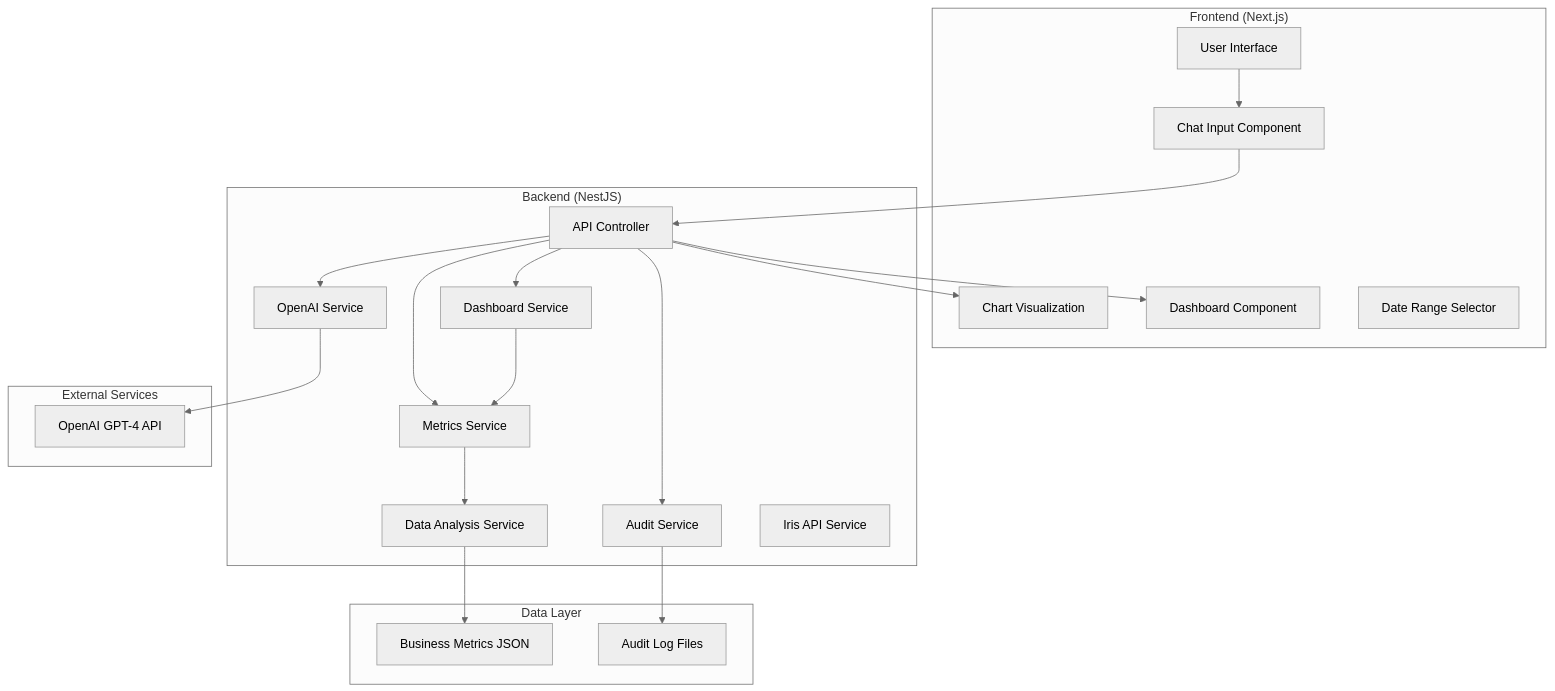
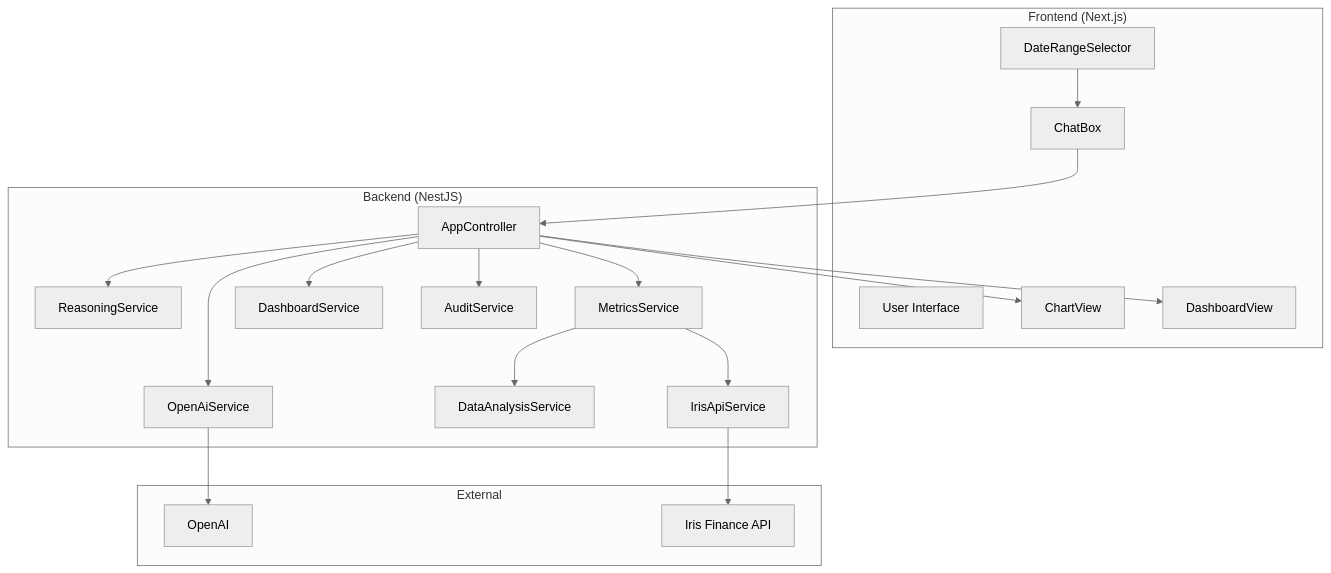
The diagram in README.md (a-d-king/iris_chat_to_chart), drawn with Mermaid (neutral theme) before and after one commit. The commit also changed other lines of this file, not shown here.

````diff
--- a/README.md
+++ b/README.md
@@ -79,45 +70,38 @@
 ```mermaid
 graph TB
     subgraph "Frontend (Next.js)"
         UI[User Interface]
-        ChatBox[Chat Input Component]
-        ChartView[Chart Visualization]
-        DashboardView[Dashboard Component]
-        DateSelector[Date Range Selector]
+        ChatBox[ChatBox]
+        DateSelector[DateRangeSelector]
+        ChartView[ChartView]
+        DashboardView[DashboardView]
     end
-    
+
     subgraph "Backend (NestJS)"
-        API[API Controller]
-        OpenAI[OpenAI Service]
-        Metrics[Metrics Service]
-        DataAnalysis[Data Analysis Service]
-        Dashboard[Dashboard Service]
-        Audit[Audit Service]
-        IrisAPI[Iris API Service]
+        API[AppController]
+        OpenAI[OpenAiService]
+        Reasoning[ReasoningService]
+        Metrics[MetricsService]
+        DataAnalysis[DataAnalysisService]
+        Dashboard[DashboardService]
+        Audit[AuditService]
+        IrisAPI[IrisApiService]
     end
-    
-    subgraph "Data Layer"
-        BusinessData[Business Metrics JSON]
-        AuditLogs[Audit Log Files]
+
+    subgraph "External"
+        GPT4[OpenAI]
+        Iris[Iris Finance API]
     end
-    
-    subgraph "External Services"
-        GPT4[OpenAI GPT-4 API]
-    end
-    
-    UI --> ChatBox
+
     ChatBox --> API
-    API --> OpenAI
+    DateSelector --> ChatBox
     API --> Metrics
+    Metrics --> IrisAPI --> Iris
+    Metrics --> DataAnalysis
+    API --> OpenAI --> GPT4
+    API --> Reasoning
     API --> Dashboard
     API --> Audit
-    
-    OpenAI --> GPT4
-    Metrics --> DataAnalysis
-    DataAnalysis --> BusinessData
-    Dashboard --> Metrics
-    Audit --> AuditLogs
-    
     API --> ChartView
     API --> DashboardView
 ```
````
